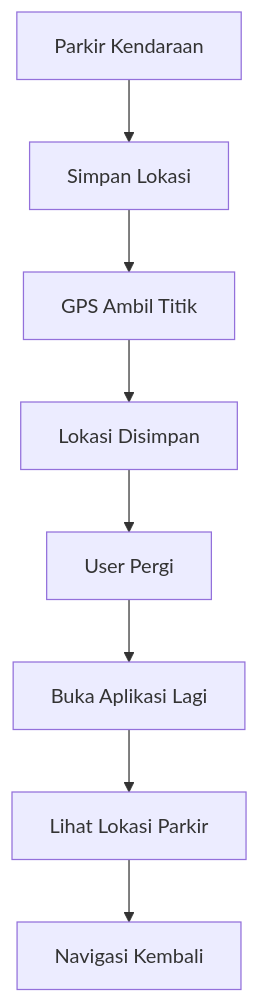
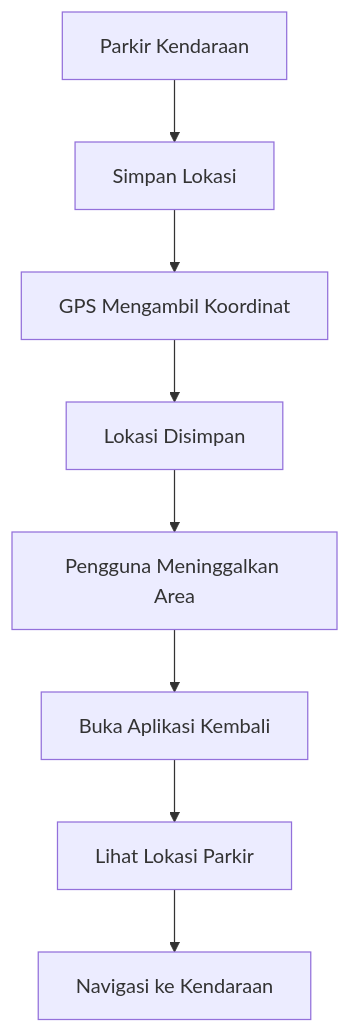
Before and after one commit to dnrprsty/Parkir-IN-Mobile-Apps: the diagram in README.md, drawn with Mermaid. The commit also changed other lines of this file, not shown here.

````diff
--- a/README.md
+++ b/README.md
@@ -94,10 +120,10 @@
 ```mermaid
 flowchart TD
 A[Parkir Kendaraan] --> B[Simpan Lokasi]
-B --> C[GPS Ambil Titik]
+B --> C[GPS Mengambil Koordinat]
 C --> D[Lokasi Disimpan]
-D --> E[User Pergi]
-E --> F[Buka Aplikasi Lagi]
+D --> E[Pengguna Meninggalkan Area]
+E --> F[Buka Aplikasi Kembali]
 F --> G[Lihat Lokasi Parkir]
-G --> H[Navigasi Kembali]
+G --> H[Navigasi ke Kendaraan]
 ```
````
